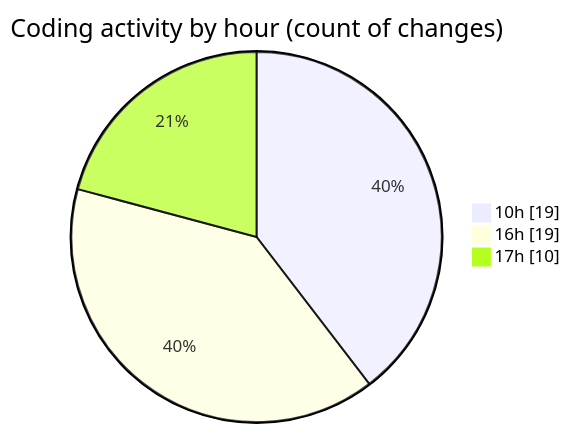
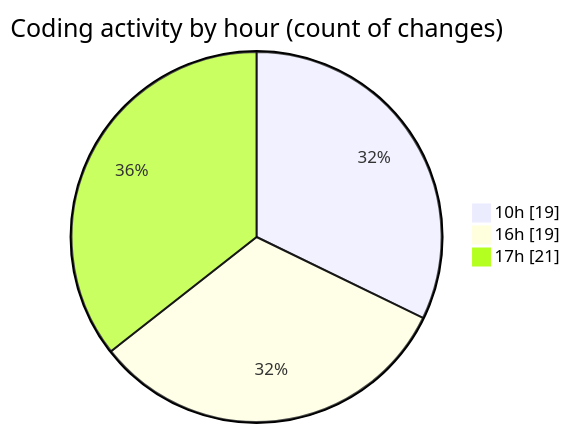
One commit to robertbonfada/code-tracking changed the second of 2 diagrams in 2025-01-20/mbc-web/README.md. Above: the diagram before and after it, drawn with Mermaid. The commit also changed other lines of this file and 1 other file, not shown here.

````diff
--- a/2025-01-20/mbc-web/README.md
+++ b/2025-01-20/mbc-web/README.md
@@ -43,7 +49,7 @@
 ```mermaid
 pie showData
 title Coding activity by hour (count of changes)
 "10h" : 19
 "16h" : 19
-"17h" : 10
+"17h" : 21
 ```
````
